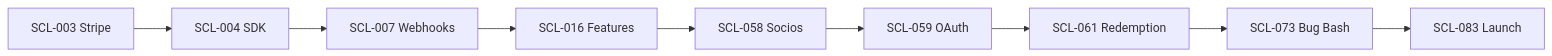
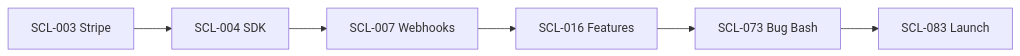
The diagram in Documentation/06-Task-Tracking/03-Scale-Tasks.md (vbendas/FalaMestre), drawn with Mermaid before and after one commit. The commit also changed other lines of this file and 72 other files, not shown here.

````diff
--- a/Documentation/06-Task-Tracking/03-Scale-Tasks.md
+++ b/Documentation/06-Task-Tracking/03-Scale-Tasks.md
@@ -260,11 +223,8 @@
 ```mermaid
 flowchart LR
     A[SCL-003 Stripe] --> B[SCL-004 SDK]
     B --> C[SCL-007 Webhooks]
     C --> D[SCL-016 Features]
-    D --> E[SCL-058 Socios]
-    E --> F[SCL-059 OAuth]
-    F --> G[SCL-061 Redemption]
-    G --> H[SCL-073 Bug Bash]
+    D --> H[SCL-073 Bug Bash]
     H --> I[SCL-083 Launch]
 ```
````
